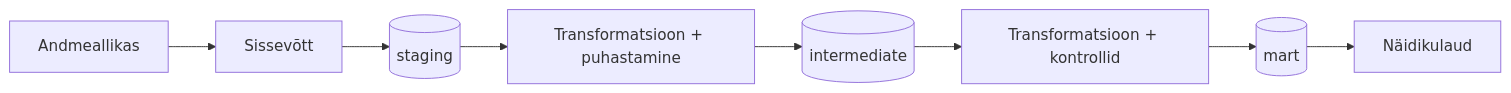
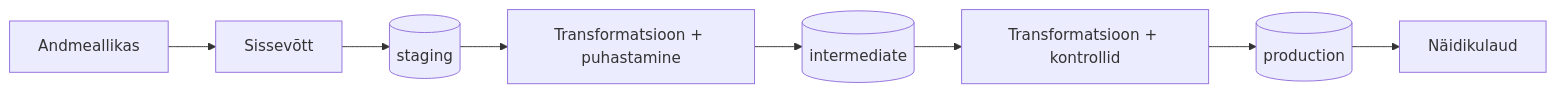
The diagram in README.md (6ie/andmeinseneeria-projektitoo-2026), drawn with Mermaid before and after one commit. The commit also changed other lines of this file, not shown here.

````diff
--- a/README.md
+++ b/README.md
@@ -20,10 +20,10 @@
 ```mermaid
 flowchart LR
     source[Andmeallikas] --> ingest[Sissevõtt]
     ingest --> staging[(staging)]
     staging --> transform+clean[Transformatsioon + puhastamine]
     transform+clean --> intermediate[(intermediate)]
     intermediate --> transform+validation[Transformatsioon + kontrollid]
-    transform+validation --> mart[(mart)]
-    mart --> dashboard[Näidikulaud]
+    transform+validation --> production[(production)]
+    production--> dashboard[Näidikulaud]
 ```
````
